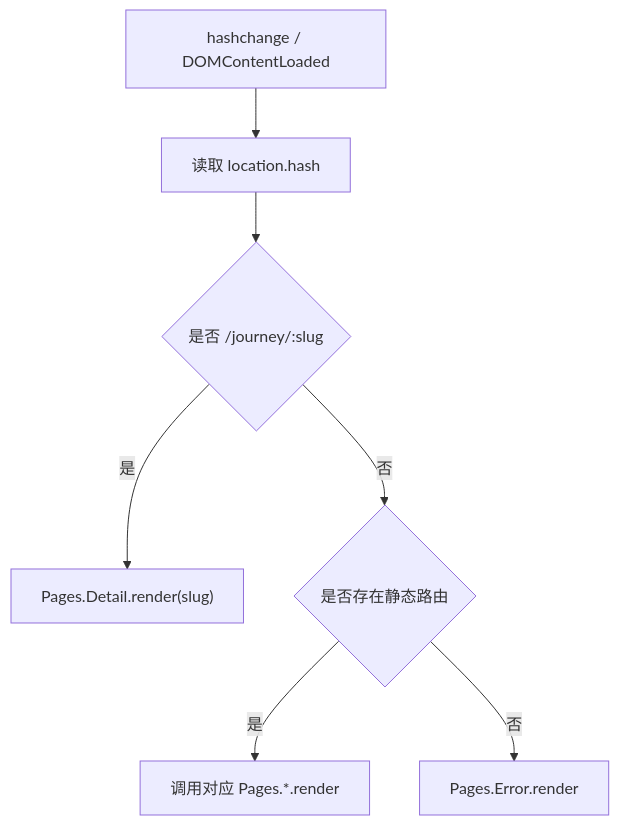
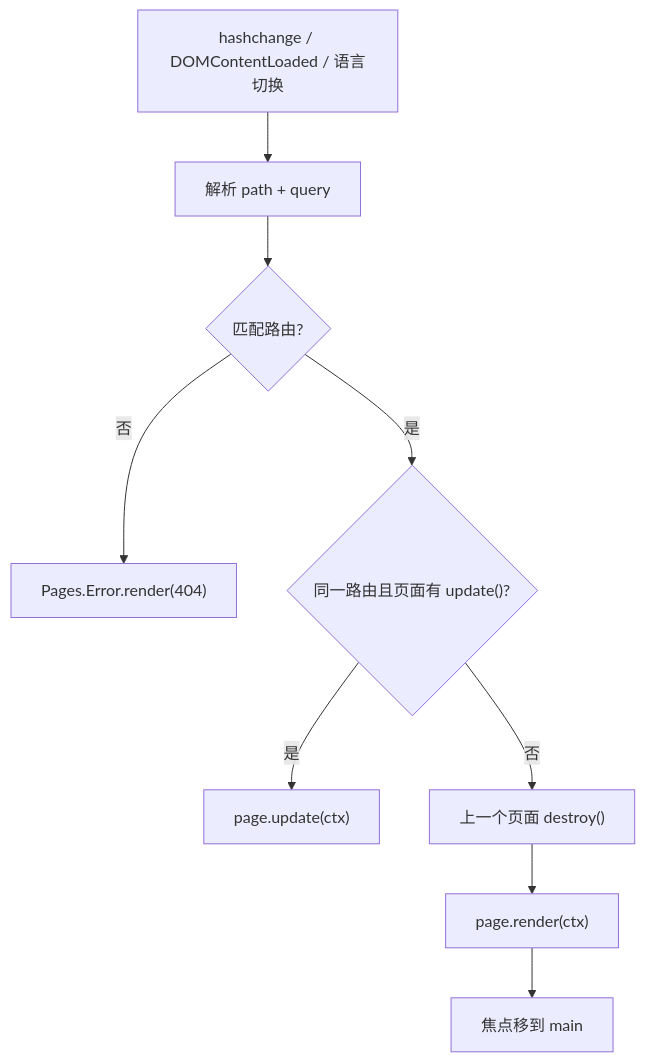
The third of 4 diagrams in docs/ui-components/DDD-spec.md (LibertychaserUS/100-journeys), drawn with Mermaid before and after one commit. The commit also changed other lines of this file and 143 other files, not shown here.

````diff
--- a/docs/ui-components/DDD-spec.md
+++ b/docs/ui-components/DDD-spec.md
@@ -234,9 +207,9 @@
 ```mermaid
 flowchart TD
-  A["hashchange / DOMContentLoaded"] --> B["读取 location.hash"]
-  B --> C{"是否 /journey/:slug"}
-  C -- 是 --> D["Pages.Detail.render(slug)"]
-  C -- 否 --> E{"是否存在静态路由"}
-  E -- 是 --> F["调用对应 Pages.*.render"]
-  E -- 否 --> G["Pages.Error.render"]
+  A["hashchange / DOMContentLoaded / 语言切换"] --> B["解析 path + query"]
+  B --> C{"匹配路由?"}
+  C -- 否 --> N["Pages.Error.render(404)"]
+  C -- 是 --> D{"同一路由且页面有 update()?"}
+  D -- 是 --> U["page.update(ctx)"]
+  D -- 否 --> X["上一个页面 destroy()"] --> R["page.render(ctx)"] --> F["焦点移到 main"]
 ```
````
